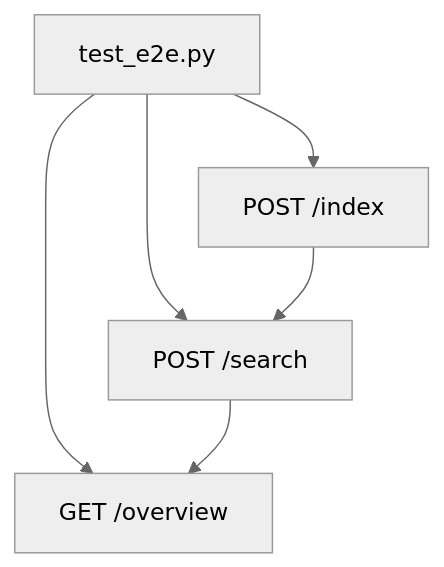
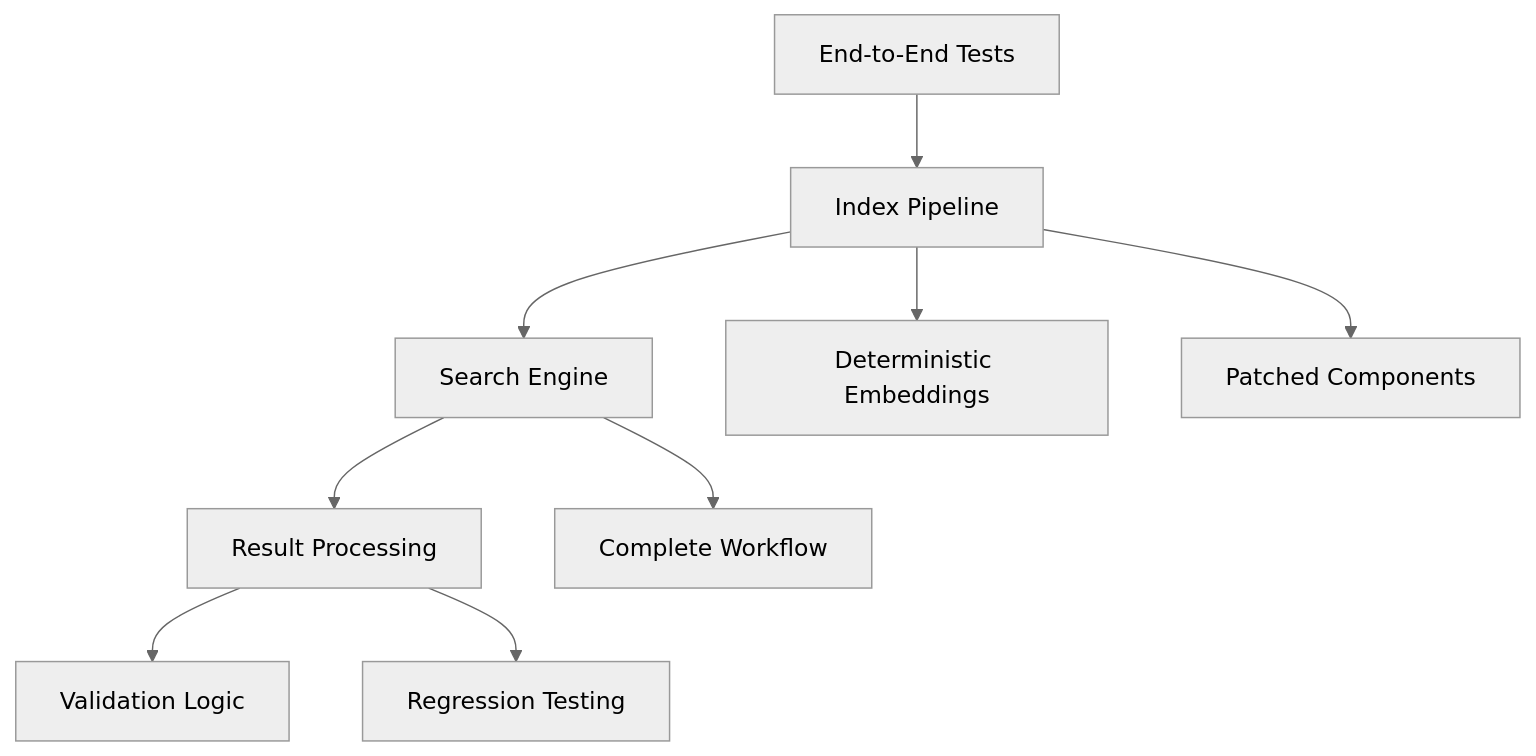
Before and after one commit to NcitDev/ragsystem: the seventh of 8 diagrams in docs/wiki/Reference Materials.md, drawn with Mermaid (neutral theme). The commit also changed other lines of this file and 27 other files, not shown here.

````diff
--- a/docs/wiki/Reference Materials.md
+++ b/docs/wiki/Reference Materials.md
@@ -255,8 +359,11 @@
 ```mermaid
 flowchart TD
-E2E["test_e2e.py"] --> Index["POST /index"]
-E2E --> Search["POST /search"]
-E2E --> Overview["GET /overview"]
-Index --> Search
-Search --> Overview
+E2E["End-to-End Tests"] --> Index["Index Pipeline"]
+Index --> Search["Search Engine"]
+Search --> Results["Result Processing"]
+Results --> Validation["Validation Logic"]
+Index --> Deterministic["Deterministic Embeddings"]
+Index --> Mocks["Patched Components"]
+Search --> FullPipeline["Complete Workflow"]
+Results --> Regression["Regression Testing"]
 ```
````
